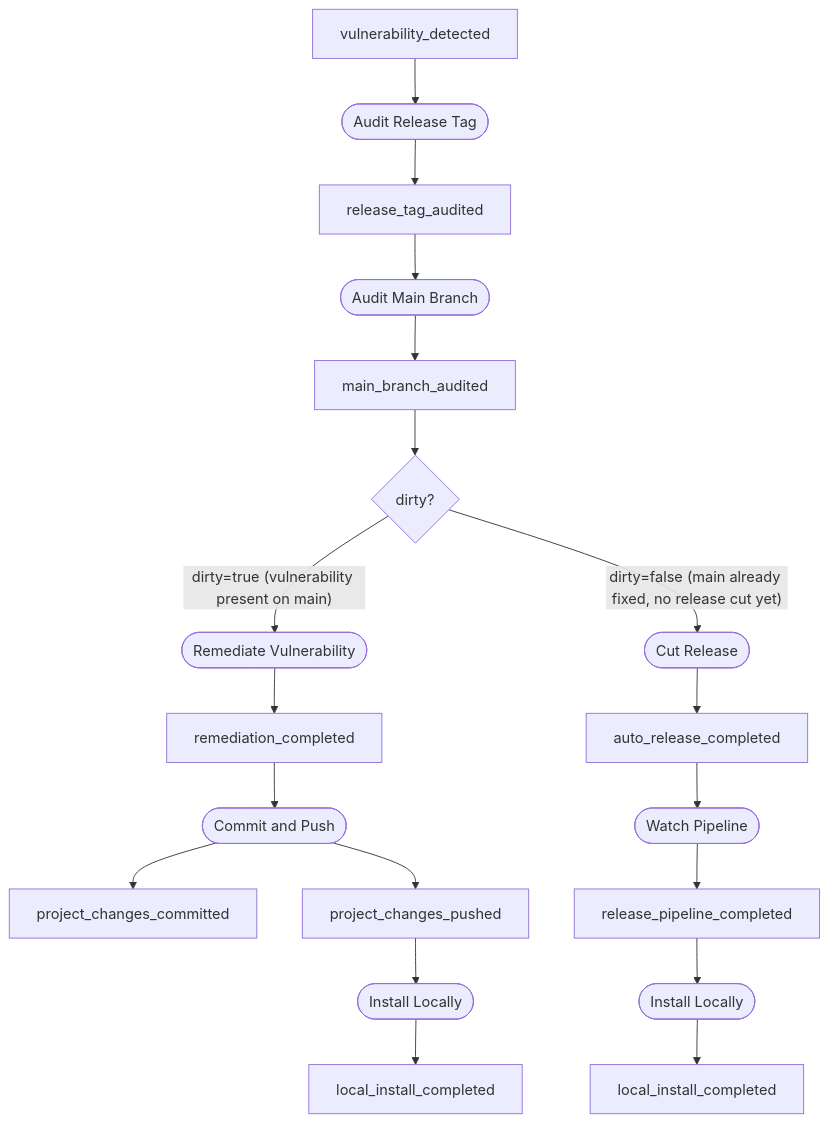
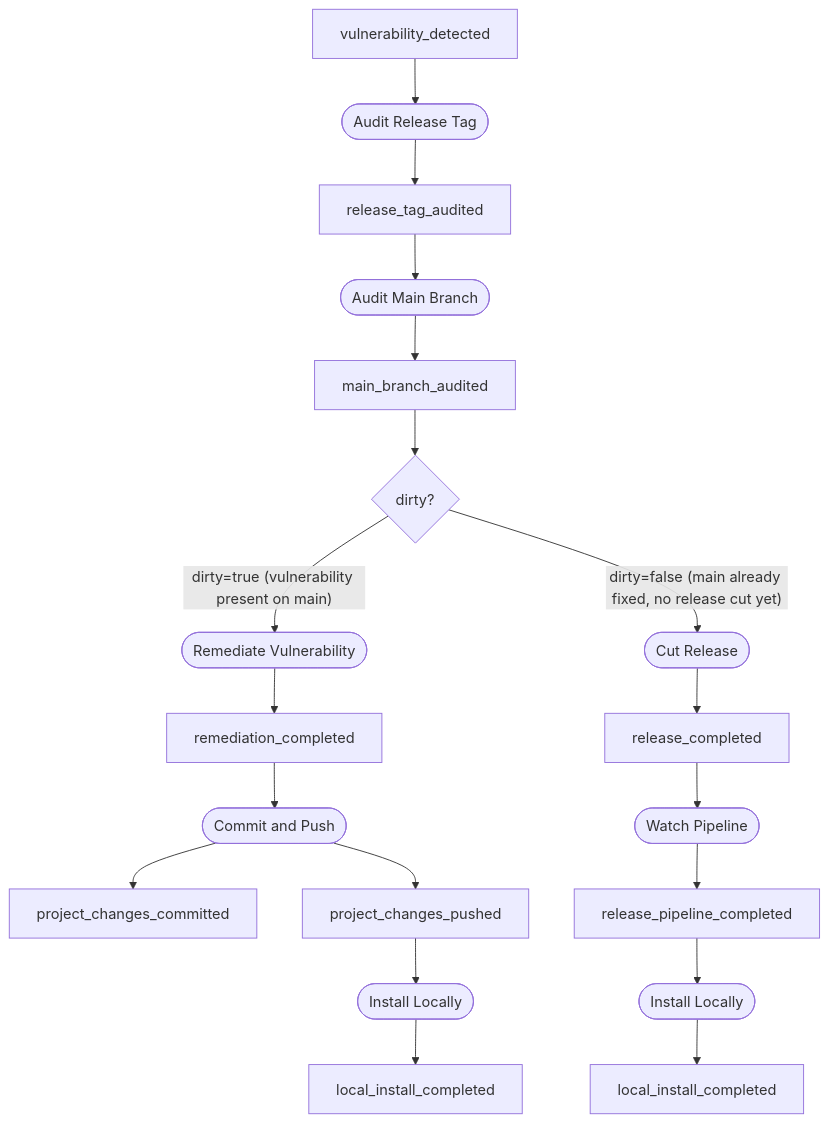
One commit to svetzal/foundry changed the diagram in book/src/guide/vulnerability-remediation.md. Above: the diagram before and after it, drawn with Mermaid. The commit also changed other lines of this file and 37 other files, not shown here.

````diff
--- a/book/src/guide/vulnerability-remediation.md
+++ b/book/src/guide/vulnerability-remediation.md
@@ -12,21 +12,21 @@
 ```mermaid
 flowchart TD
     A[vulnerability_detected] --> B([Audit Release Tag])
     B --> C[release_tag_audited]
     C --> D([Audit Main Branch])
     D --> E[main_branch_audited]
     E --> F{dirty?}
     F -->|"dirty=true (vulnerability present on main)"| G([Remediate Vulnerability])
     G --> H[remediation_completed]
     H --> I([Commit and Push])
     I --> J[project_changes_committed]
     I --> K[project_changes_pushed]
     K --> L([Install Locally])
     L --> M[local_install_completed]
     F -->|"dirty=false (main already fixed, no release cut yet)"| N([Cut Release])
-    N --> O[auto_release_completed]
+    N --> O[release_completed]
     O --> P([Watch Pipeline])
     P --> Q[release_pipeline_completed]
     Q --> R([Install Locally])
     R --> S[local_install_completed]
 ```
````
